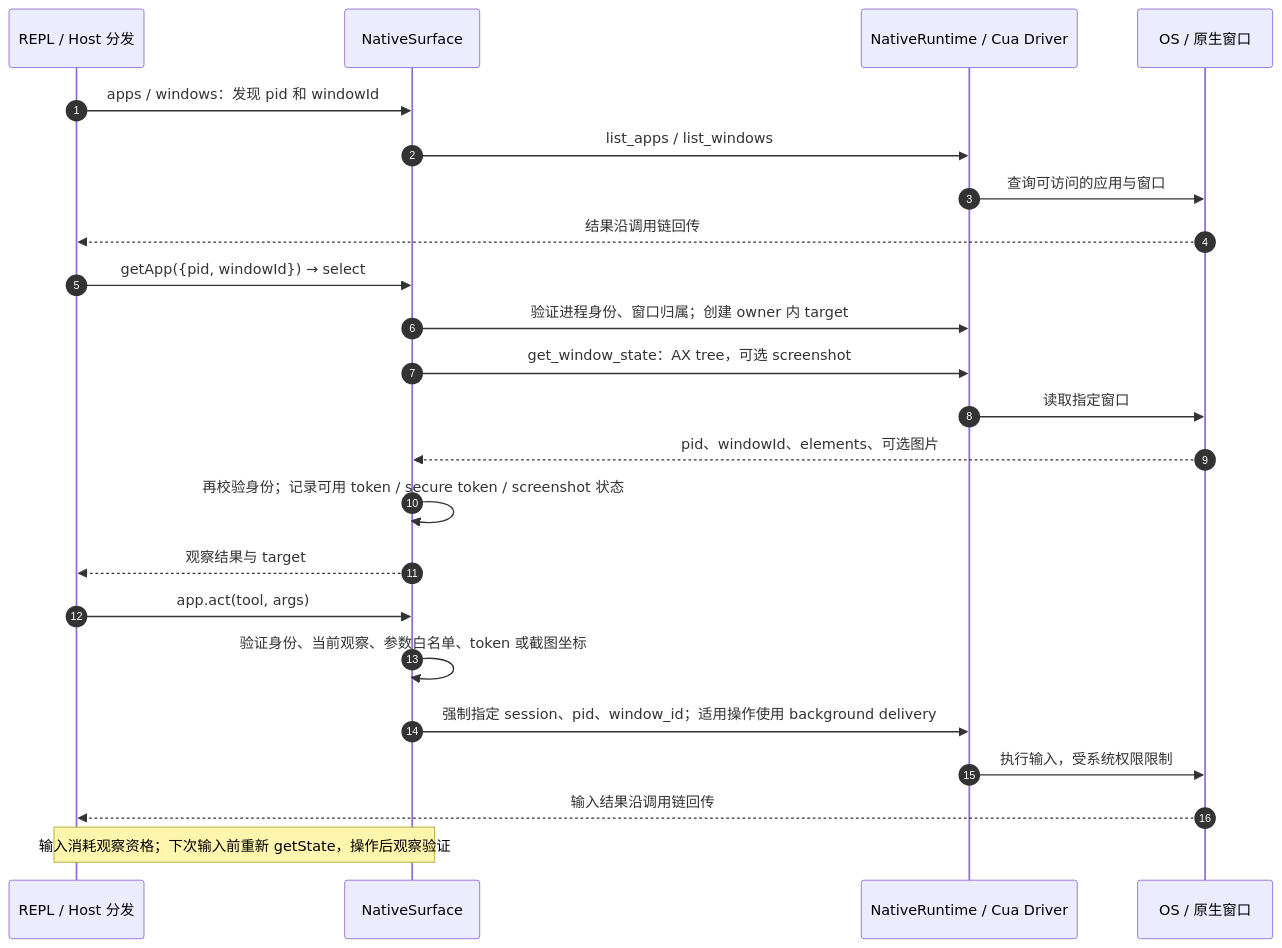
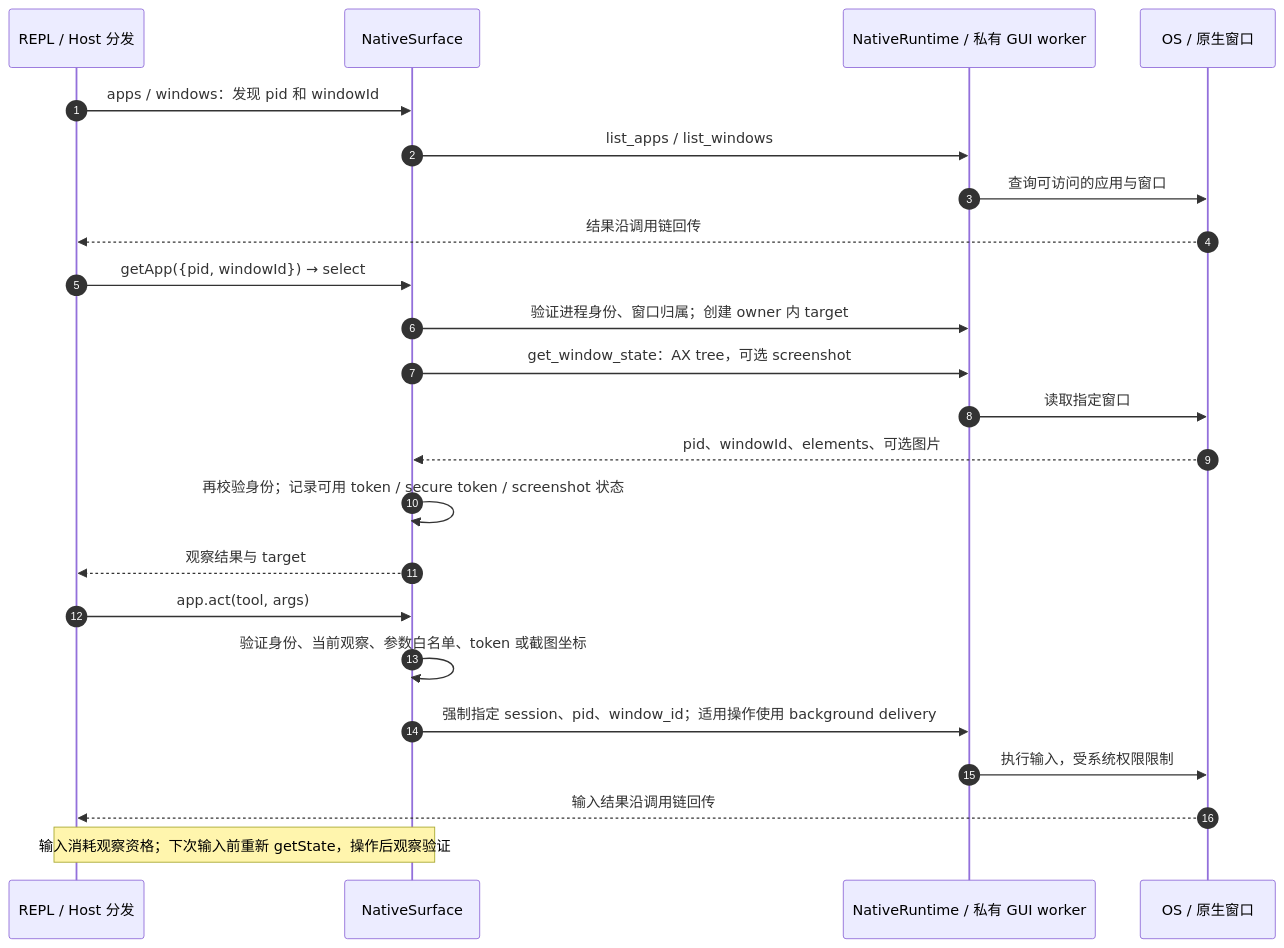
Before and after one commit to xiaoiver/dsh-unified-computer-use: the fifth of 9 diagrams in docs/CALL-FLOWS.md, drawn with Mermaid. The commit also changed other lines of this file and 16 other files, not shown here.

````diff
--- a/docs/CALL-FLOWS.md
+++ b/docs/CALL-FLOWS.md
@@ -157,25 +161,25 @@
 ```mermaid
 sequenceDiagram
   autonumber
   participant W as REPL / Host 分发
   participant S as NativeSurface
-  participant R as NativeRuntime / Cua Driver
+  participant R as NativeRuntime / 私有 GUI worker
   participant O as OS / 原生窗口
   W->>S: apps / windows：发现 pid 和 windowId
   S->>R: list_apps / list_windows
   R->>O: 查询可访问的应用与窗口
   O-->>W: 结果沿调用链回传
   W->>S: getApp({pid, windowId}) → select
   S->>R: 验证进程身份、窗口归属；创建 owner 内 target
   S->>R: get_window_state：AX tree，可选 screenshot
   R->>O: 读取指定窗口
   O-->>S: pid、windowId、elements、可选图片
   S->>S: 再校验身份；记录可用 token / secure token / screenshot 状态
   S-->>W: 观察结果与 target
   W->>S: app.act(tool, args)
   S->>S: 验证身份、当前观察、参数白名单、token 或截图坐标
   S->>R: 强制指定 session、pid、window_id；适用操作使用 background delivery
   R->>O: 执行输入，受系统权限限制
   O-->>W: 输入结果沿调用链回传
   Note over W,S: 输入消耗观察资格；下次输入前重新 getState，操作后观察验证
 ```
````
